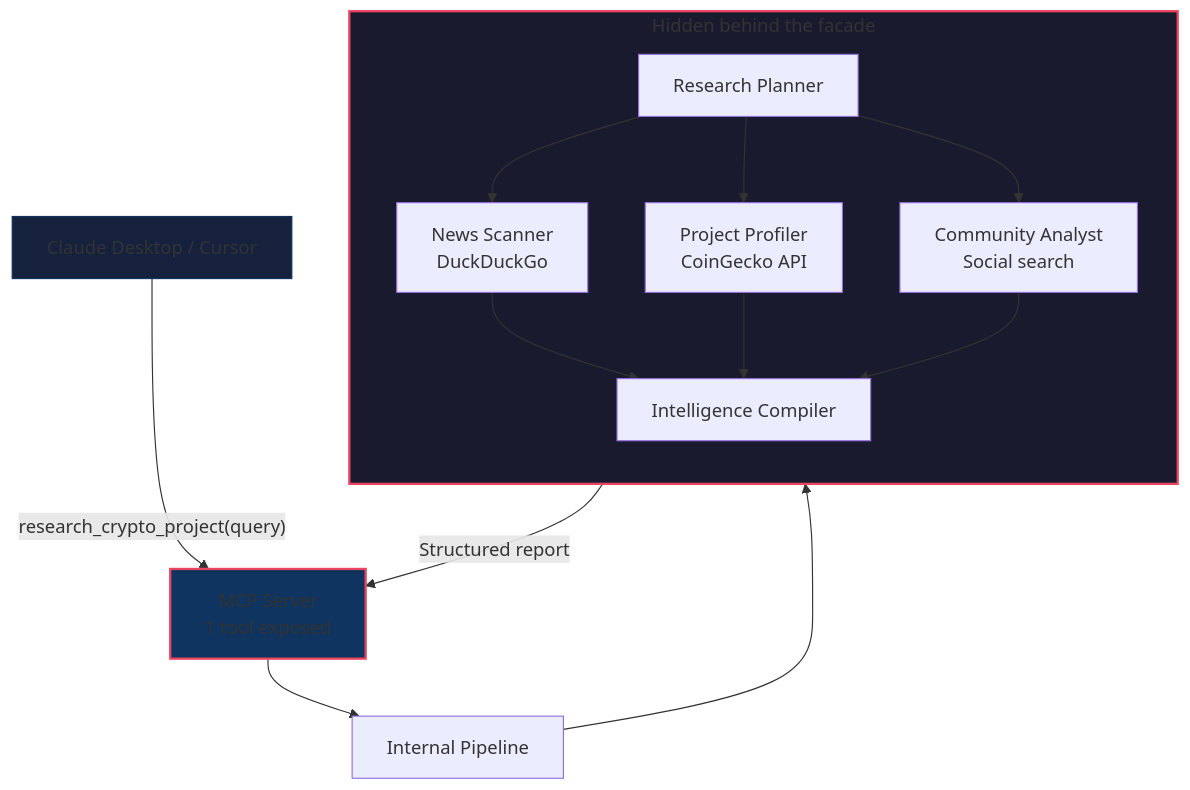
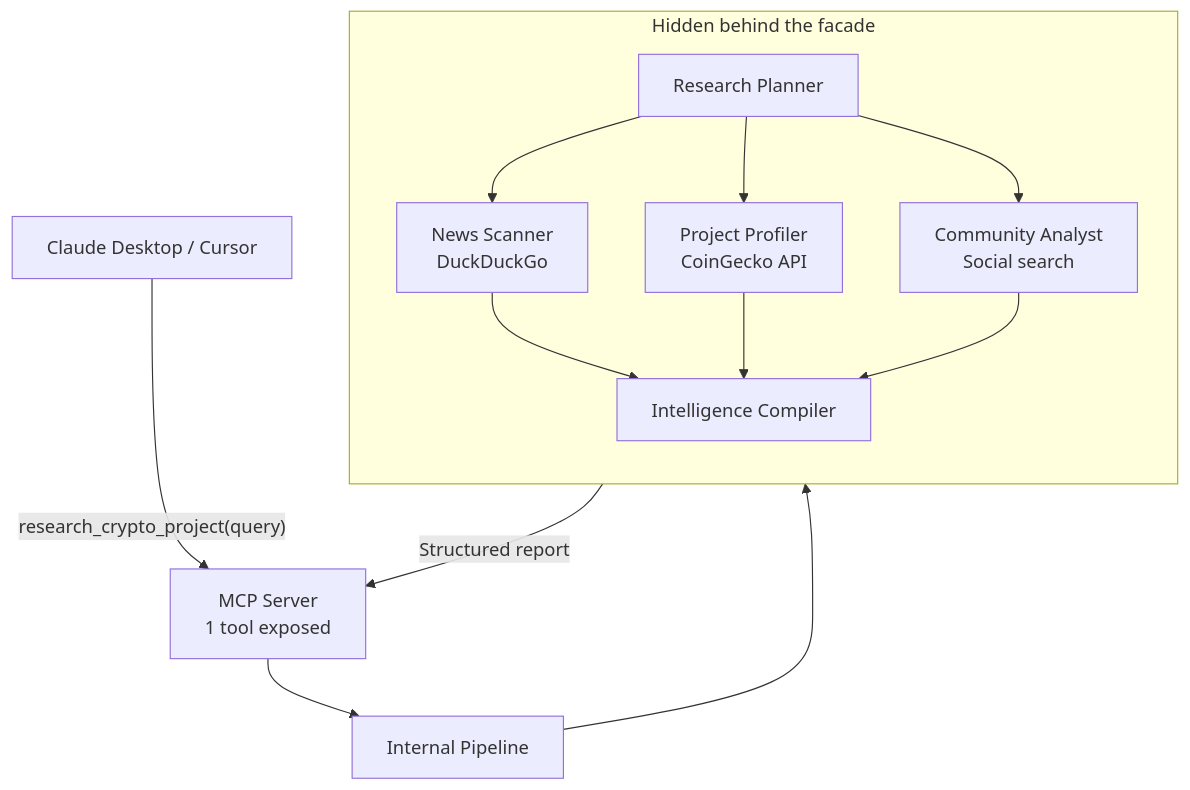
The diagram in content/posts/mcp_best_practices/index.md (ksopyla/ksopyla-ai-blog), drawn with Mermaid before and after one commit.

Commit message:
Remove redundant styling from the MCP best practices diagram to enhance clarity and focus on key components. This change streamlines the visual representation of the pipeline and its elements.

```diff
--- a/content/posts/mcp_best_practices/index.md
+++ b/content/posts/mcp_best_practices/index.md
@@ -53,22 +53,18 @@
 {{< mermaid >}}
 graph TD
     Client["Claude Desktop / Cursor"] -->|"research_crypto_project(query)"| MCP["MCP Server<br/>1 tool exposed"]
     MCP --> Pipeline["Internal Pipeline"]
 
     subgraph hidden ["Hidden behind the facade"]
         direction TB
         P["Research Planner"] --> N["News Scanner<br/>DuckDuckGo"]
         P --> M["Project Profiler<br/>CoinGecko API"]
         P --> C["Community Analyst<br/>Social search"]
         N --> Compiler["Intelligence Compiler"]
         M --> Compiler
         C --> Compiler
     end
 
     Pipeline --> hidden
     Compiler -->|"Structured report"| MCP
-
-    style hidden fill:#1a1a2e,stroke:#e94560,stroke-width:2px
-    style MCP fill:#0f3460,stroke:#e94560,stroke-width:2px
-    style Client fill:#16213e,stroke:#0f3460,stroke-width:1px
 {{< /mermaid >}}
```
